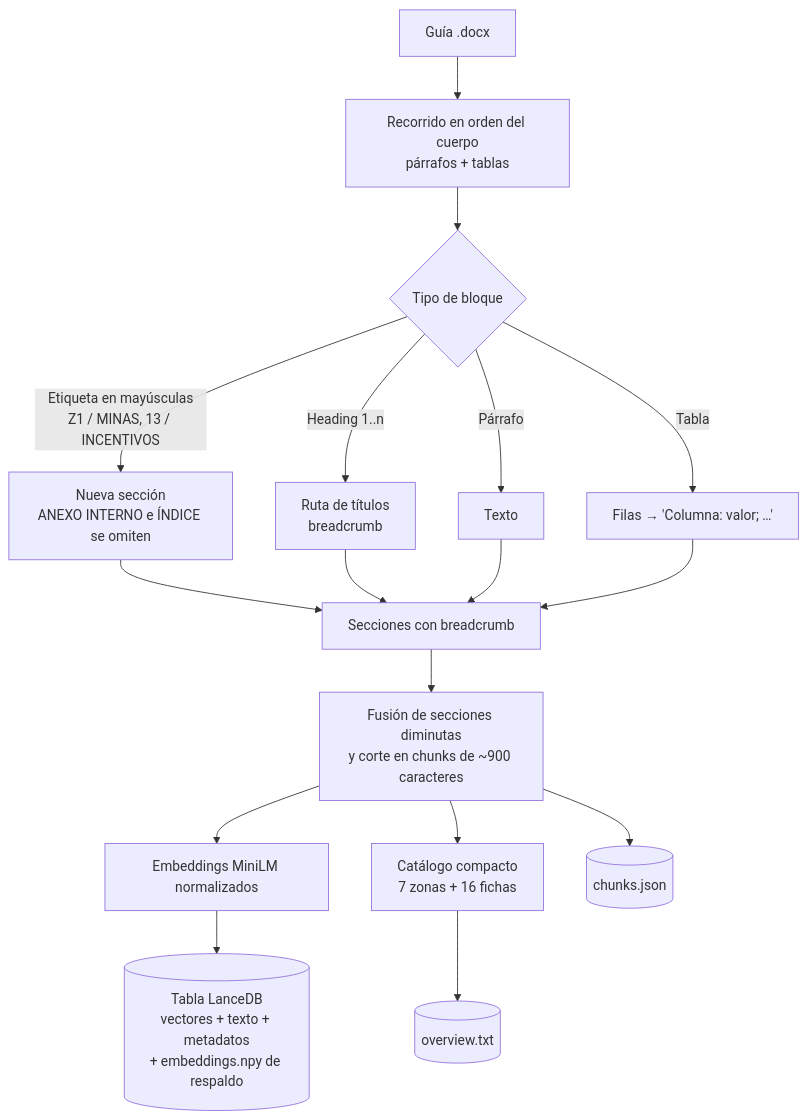
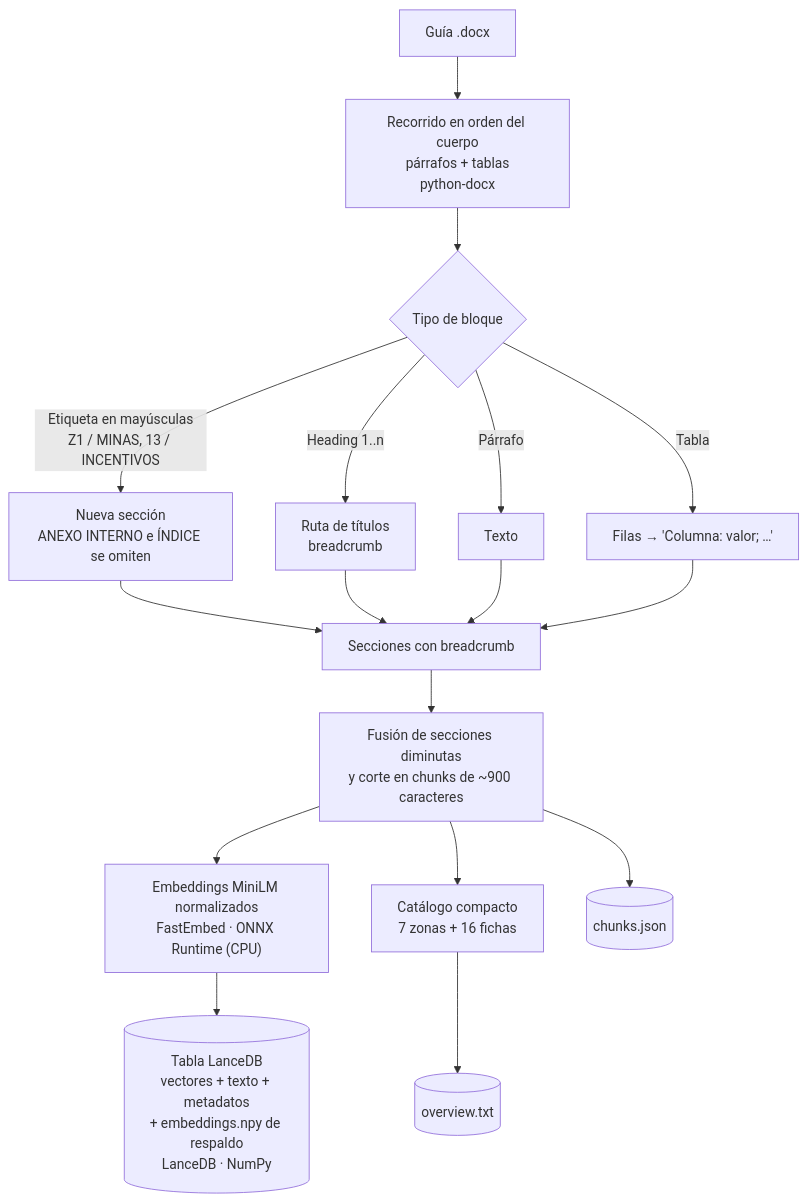
Before and after one commit to NebyX1/invest-lavalleja-rag-chat: the second of 7 diagrams in Arquitectura.md, drawn with Mermaid. The commit also changed other lines of this file and 1 other file, not shown here.

Commit message:
Muestra las tecnologías de cada etapa en los diagramas de flujo; corrige el diagrama de recuperación híbrida

````diff
--- a/Arquitectura.md
+++ b/Arquitectura.md
@@ -67,16 +67,16 @@
 ```mermaid
 flowchart TD
-    A[Guía .docx] --> B[Recorrido en orden del cuerpo<br/>párrafos + tablas]
+    A[Guía .docx] --> B["Recorrido en orden del cuerpo<br/>párrafos + tablas<br/>python-docx"]
     B --> C{Tipo de bloque}
     C -->|Etiqueta en mayúsculas<br/>Z1 / MINAS, 13 / INCENTIVOS| D[Nueva sección<br/>ANEXO INTERNO e ÍNDICE se omiten]
     C -->|Heading 1..n| E[Ruta de títulos<br/>breadcrumb]
     C -->|Párrafo| F[Texto]
     C -->|Tabla| G[Filas → 'Columna: valor; …']
     D & E & F & G --> H[Secciones con breadcrumb]
     H --> I[Fusión de secciones diminutas<br/>y corte en chunks de ~900 caracteres]
-    I --> J[Embeddings MiniLM normalizados]
+    I --> J["Embeddings MiniLM normalizados<br/>FastEmbed · ONNX Runtime (CPU)"]
     I --> K[Catálogo compacto<br/>7 zonas + 16 fichas]
-    J --> L[(Tabla LanceDB<br/>vectores + texto + metadatos<br/>+ embeddings.npy de respaldo)]
+    J --> L[("Tabla LanceDB<br/>vectores + texto + metadatos<br/>+ embeddings.npy de respaldo<br/>LanceDB · NumPy")]
     I --> M[(chunks.json)]
     K --> N[(overview.txt)]
 ```
````
